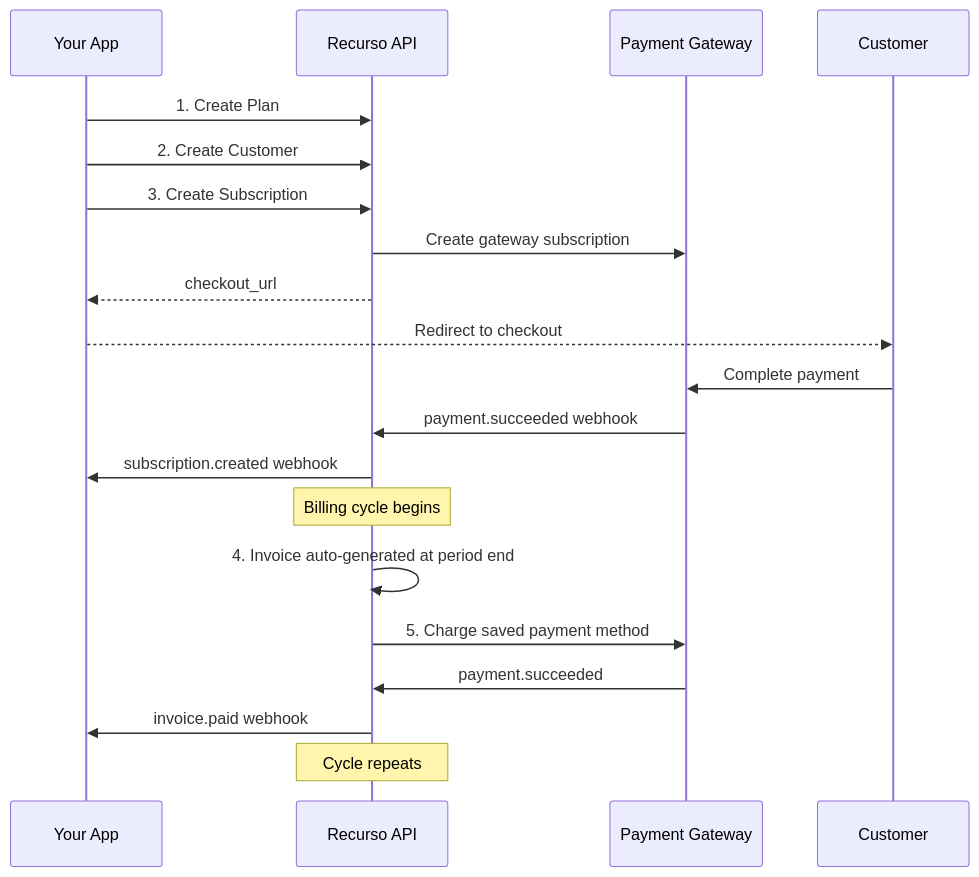
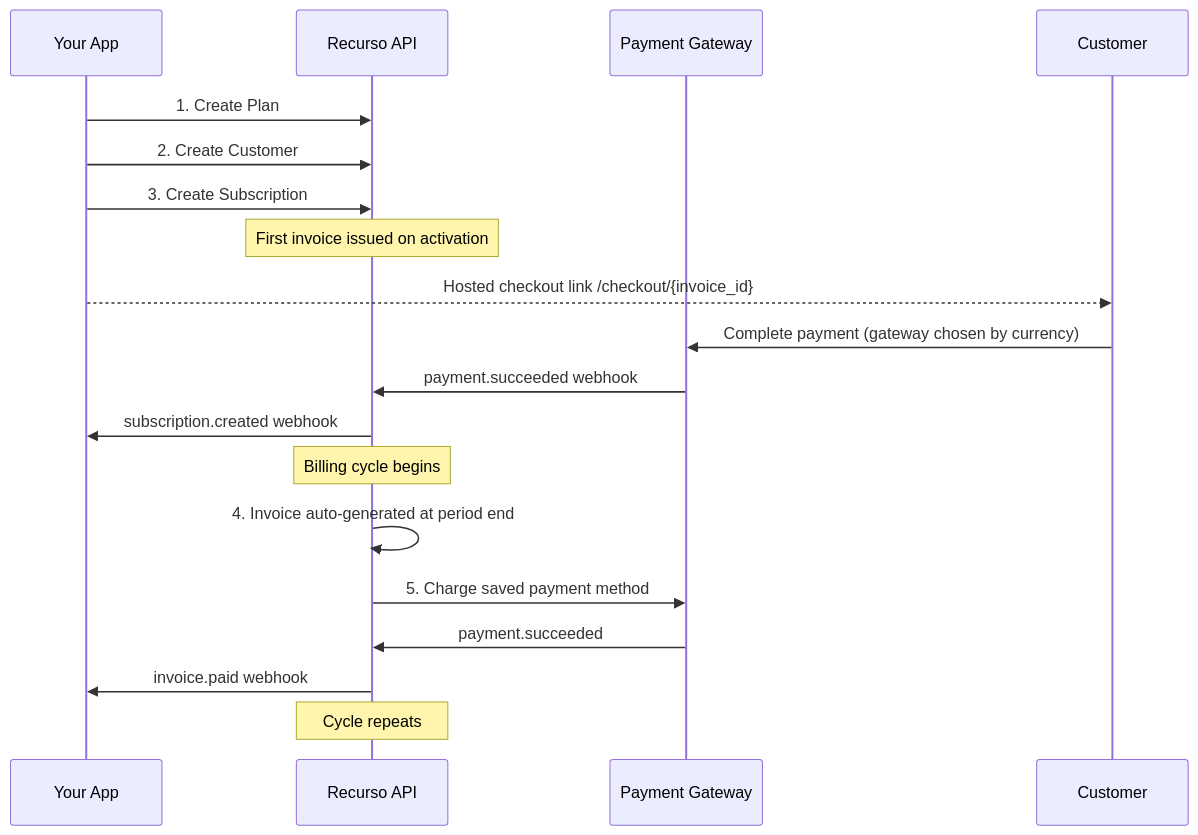
The diagram in end-to-end.mdx (recurso-dev/docs), drawn with Mermaid before and after one commit. The commit also changed other lines of this file and 13 other files, not shown here.

````diff
--- a/end-to-end.mdx
+++ b/end-to-end.mdx
@@ -10,23 +10,22 @@
 ```mermaid
 sequenceDiagram
     participant You as Your App
     participant R as Recurso API
     participant G as Payment Gateway
     participant C as Customer
 
     You->>R: 1. Create Plan
     You->>R: 2. Create Customer
     You->>R: 3. Create Subscription
-    R->>G: Create gateway subscription
-    R-->>You: checkout_url
-    You-->>C: Redirect to checkout
-    C->>G: Complete payment
+    Note over R: First invoice issued on activation
+    You-->>C: Hosted checkout link /checkout/{invoice_id}
+    C->>G: Complete payment (gateway chosen by currency)
     G->>R: payment.succeeded webhook
     R->>You: subscription.created webhook
     Note over R: Billing cycle begins
     R->>R: 4. Invoice auto-generated at period end
     R->>G: 5. Charge saved payment method
     G->>R: payment.succeeded
     R->>You: invoice.paid webhook
     Note over R: Cycle repeats
 ```
````
